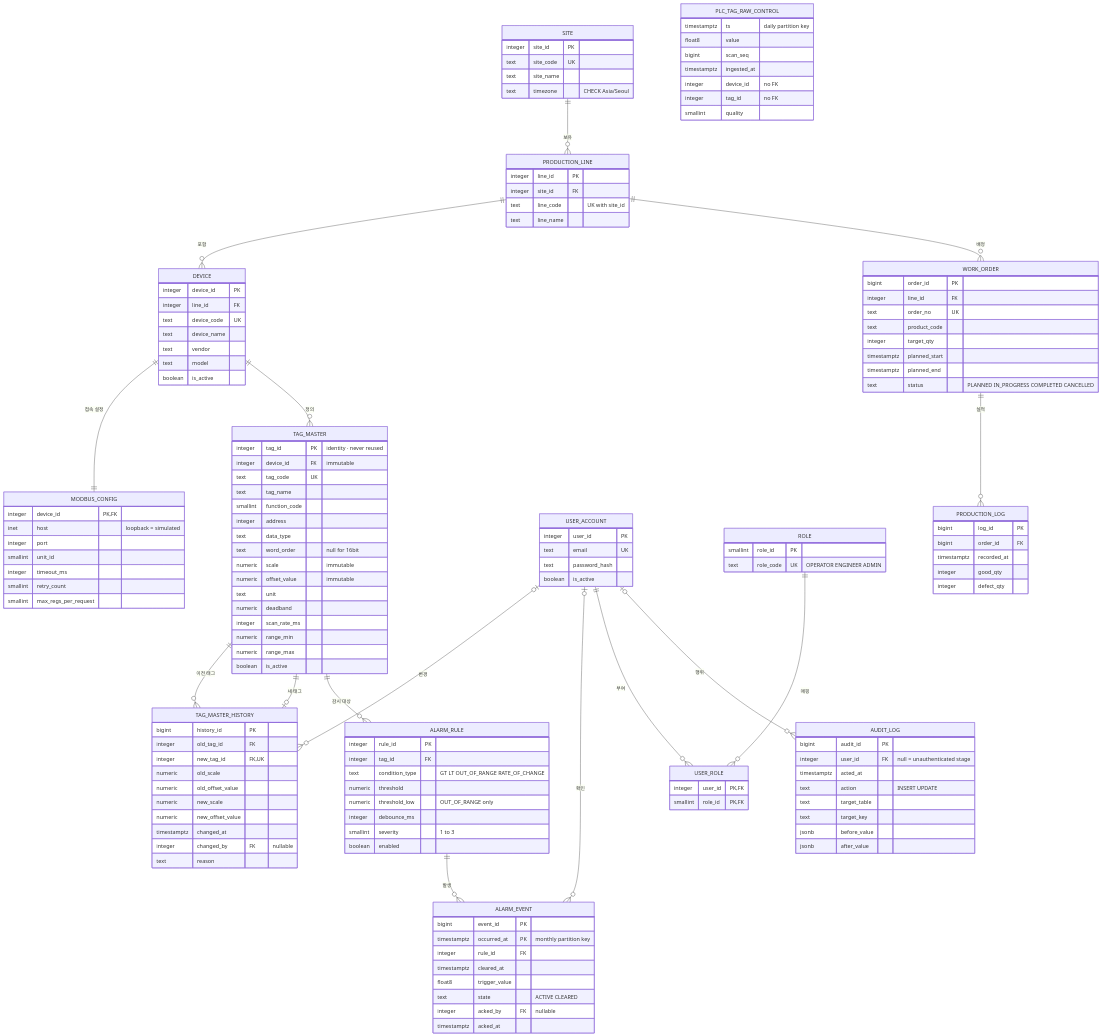
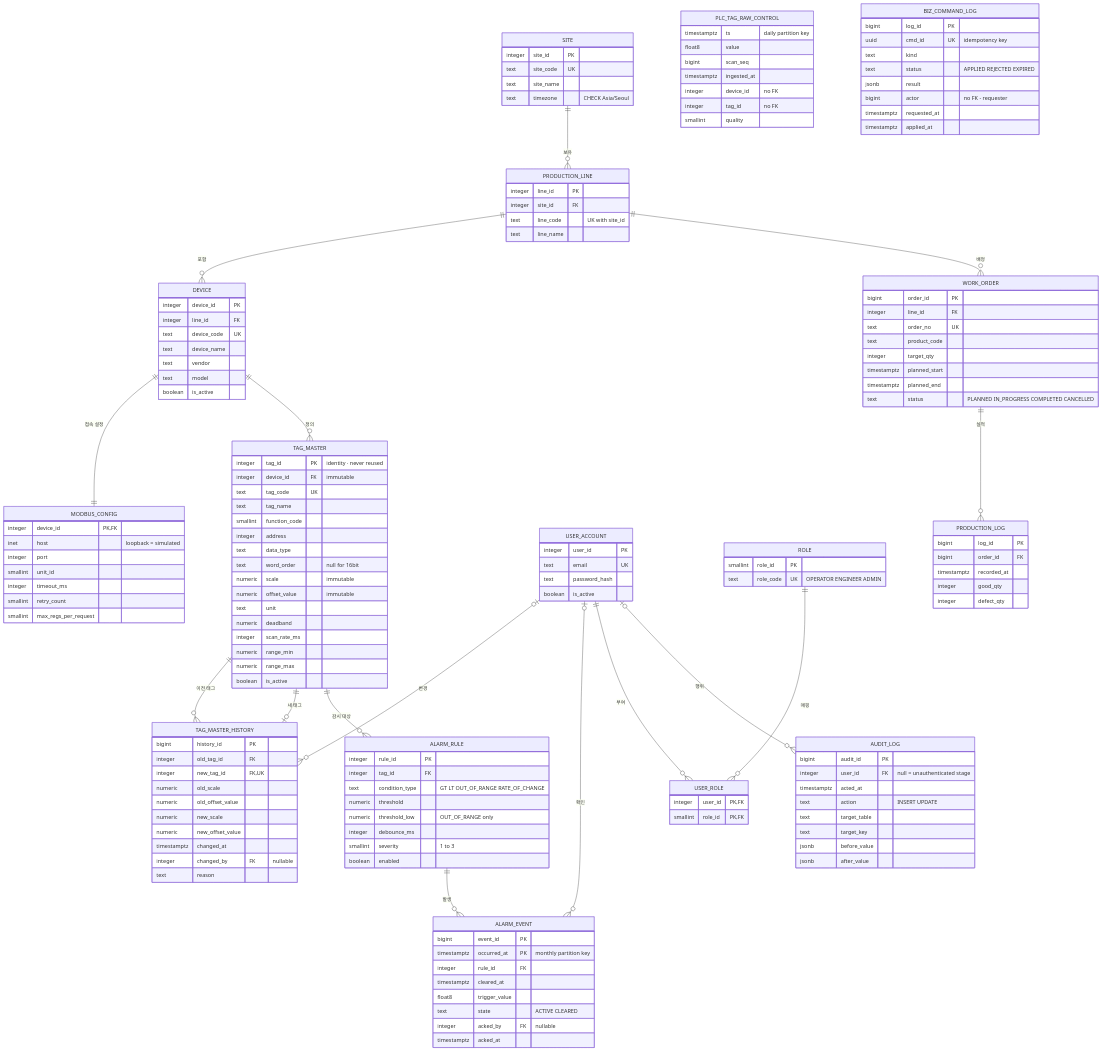
Before and after one commit to jaepil02/db_study: the first of 3 diagrams in docs/05_data_stores/erd.md, drawn with Mermaid. The commit also changed other lines of this file and 62 other files, not shown here.

Commit message:
docs: 업무 쓰기 Redis 경유 + 동기 응답(사용자 결정 2026-09-27) — 명령 스트림 stream:biz:cmd · 단일 소비자 grp:biz-writer(lock:biz:writer) · 멱등 원장 biz_command_log(actor) · 결과 키 · ch:bizreply · 5초 뒤 202 · 명령 조회 표면 · SW-12 BIZ_WRITE_PATH · EXP-46 · ADR-26 · D-04 부분 개정 · 고정 기준 갱신

````diff
--- a/docs/05_data_stores/erd.md
+++ b/docs/05_data_stores/erd.md
@@ -177,4 +179,14 @@
         integer tag_id "no FK"
         smallint quality
     }
+    BIZ_COMMAND_LOG {
+        bigint log_id PK
+        uuid cmd_id UK "idempotency key"
+        text kind
+        text status "APPLIED REJECTED EXPIRED"
+        jsonb result
+        bigint actor "no FK - requester"
+        timestamptz requested_at
+        timestamptz applied_at
+    }
 ```
````
